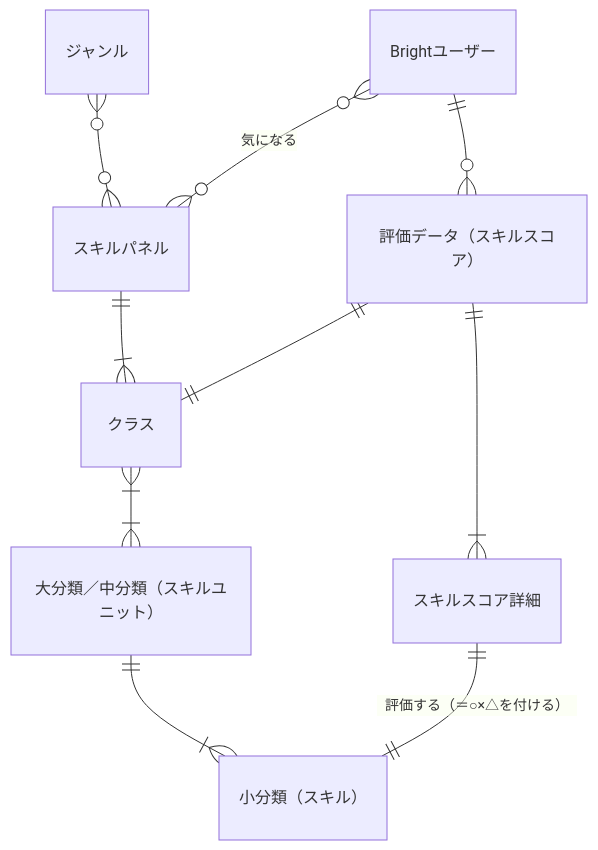
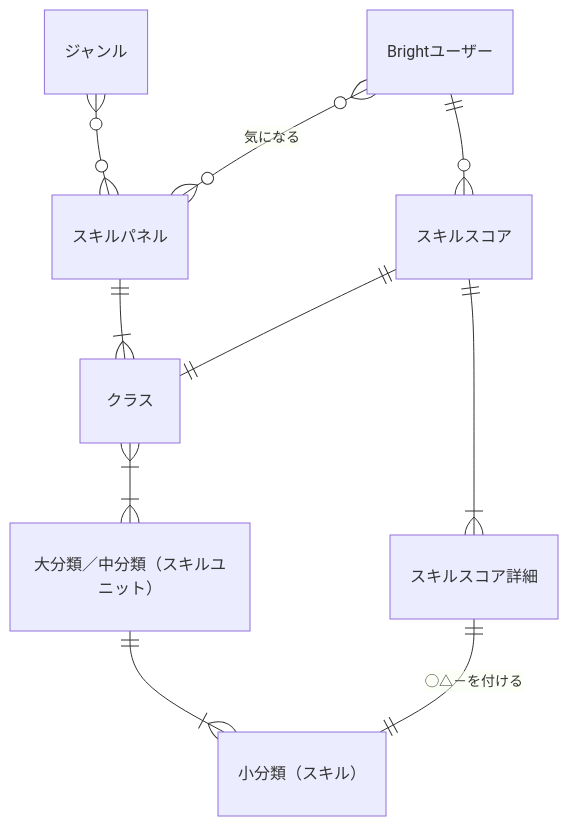
Before and after one commit to bright-org/bright: the first of 2 diagrams in docs/conceptual_schemas/skills.md, drawn with Mermaid. The commit also changed other lines of this file, not shown here.

Commit message:
docs: fix "評価データ" to "スキルスコア" at conceptual schema for skills

````diff
--- a/docs/conceptual_schemas/skills.md
+++ b/docs/conceptual_schemas/skills.md
@@ -18,12 +18,12 @@
 ```mermaid
 erDiagram
   "スキルパネル" ||--|{ "クラス" : ""
   "クラス" }|--|{ "大分類／中分類（スキルユニット）" : ""
   "大分類／中分類（スキルユニット）" ||--|{ "小分類（スキル）" : ""
   "ジャンル" }o--o{ "スキルパネル" : ""
   "Brightユーザー" }o--o{ "スキルパネル" : "気になる"
-  "Brightユーザー" ||--o{ "評価データ（スキルスコア）" : ""
-  "評価データ（スキルスコア）" ||--|| "クラス" : ""
-  "評価データ（スキルスコア）" ||--|{ "スキルスコア詳細" : ""
-  "スキルスコア詳細" ||--||  "小分類（スキル）" : "評価する（＝○×△を付ける）"
+  "Brightユーザー" ||--o{ "スキルスコア" : ""
+  "スキルスコア" ||--|| "クラス" : ""
+  "スキルスコア" ||--|{ "スキルスコア詳細" : ""
+  "スキルスコア詳細" ||--||  "小分類（スキル）" : "◯△－を付ける"
 ```
````
